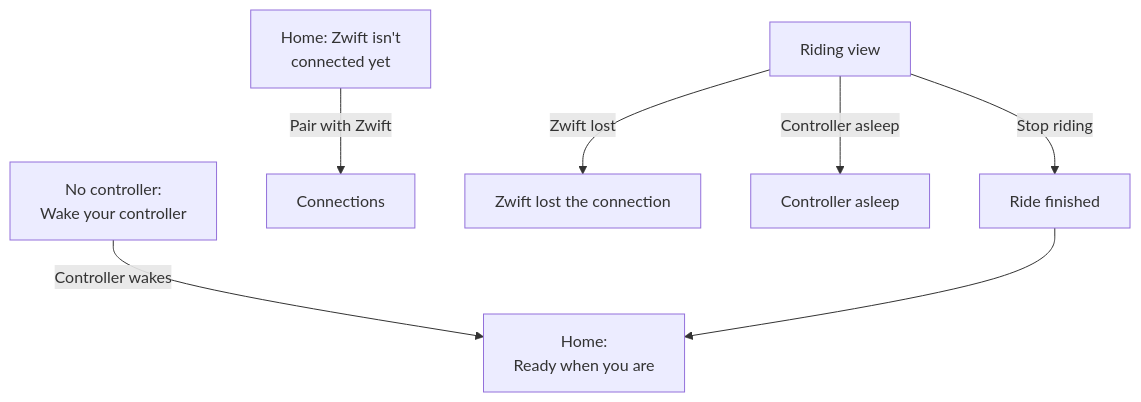
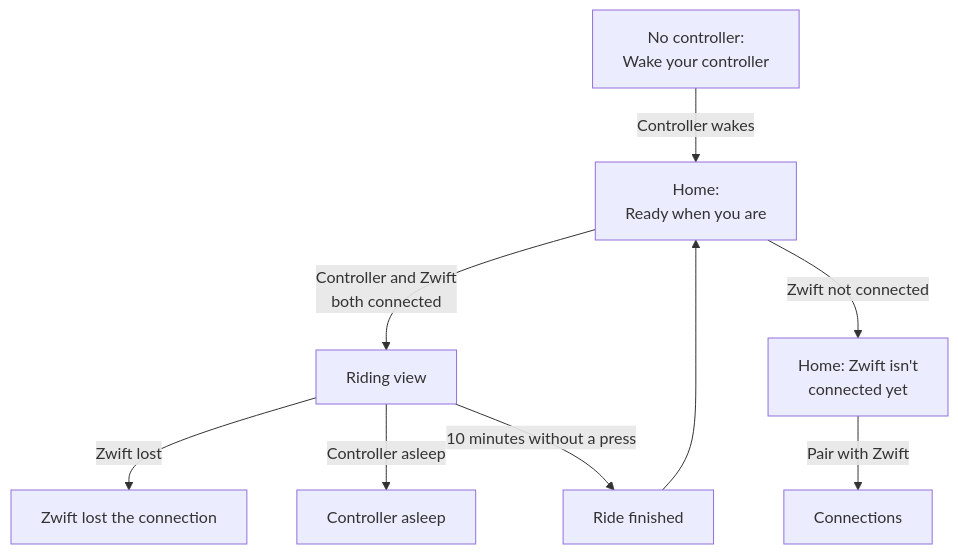
One commit to VoltageSolutions/GameControllerForZwift changed the diagram in docs/spec/screens/ride.md. Above: the diagram before and after it, drawn with Mermaid. The commit also changed other lines of this file and 7 other files, not shown here.

````diff
--- a/docs/spec/screens/ride.md
+++ b/docs/spec/screens/ride.md
@@ -14,11 +14,11 @@
 ```mermaid
 flowchart TD
-    H["Home:<br/>Ready when you are"]
-    R["Riding view"]
     N["No controller:<br/>Wake your controller"] -->|"Controller wakes"| H
-    Z["Home: Zwift isn't<br/>connected yet"] -->|"Pair with Zwift"| C["Connections"]
+    H["Home:<br/>Ready when you are"] -->|"Controller and Zwift<br/>both connected"| R["Riding view"]
+    H -->|"Zwift not connected"| Z["Home: Zwift isn't<br/>connected yet"]
+    Z -->|"Pair with Zwift"| C["Connections"]
     R -->|"Zwift lost"| L["Zwift lost the connection"]
     R -->|"Controller asleep"| S["Controller asleep"]
-    R -->|"Stop riding"| F["Ride finished"]
+    R -->|"10 minutes without a press"| F["Ride finished"]
     F --> H
 ```
````
